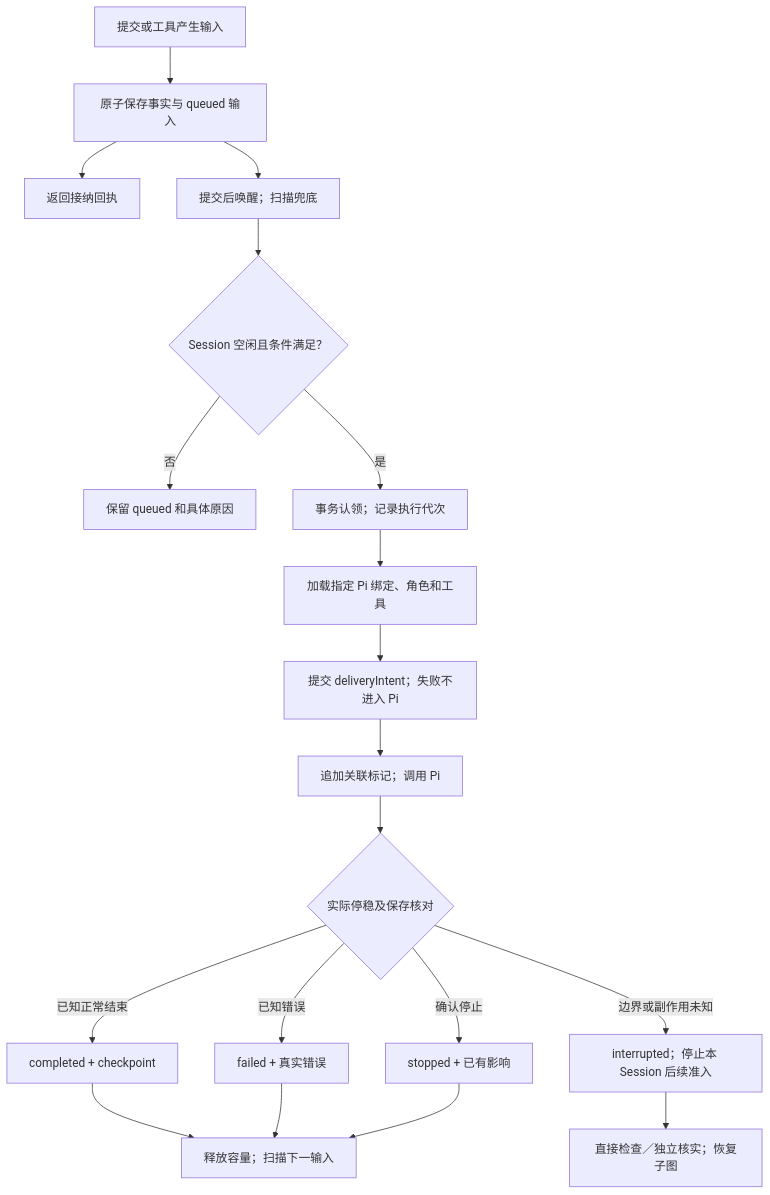
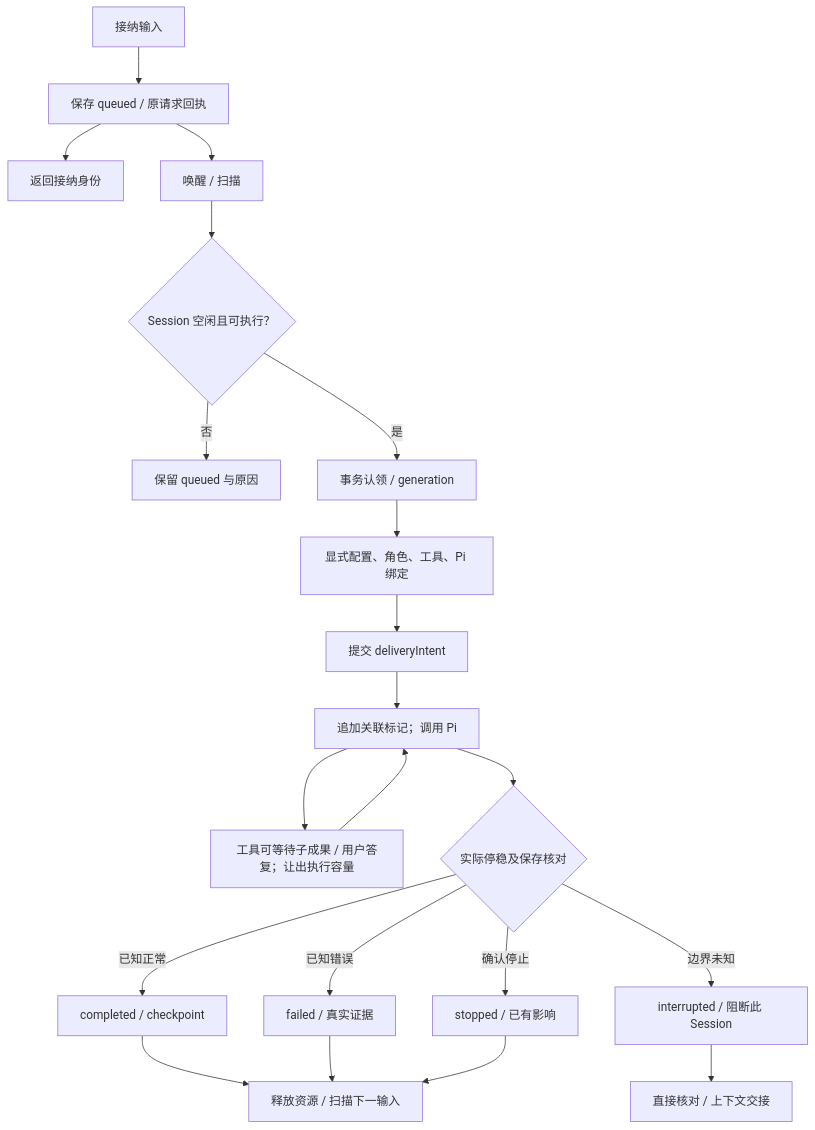
Before and after one commit to mojiaicrypto-ops/Kaiming: the second of 3 diagrams in docs/technicalnew/architecture.md, drawn with Mermaid. The commit also changed other lines of this file and 26 other files, not shown here.

````diff
--- a/docs/technicalnew/architecture.md
+++ b/docs/technicalnew/architecture.md
@@ -44,21 +45,23 @@
 ```mermaid
 flowchart TD
-  START[提交或工具产生输入] --> COMMIT[原子保存事实与 queued 输入]
-  COMMIT --> ACK[返回接纳回执]
-  COMMIT --> WAKE[提交后唤醒；扫描兜底]
-  WAKE --> CHECK{Session 空闲且条件满足？}
-  CHECK -->|否| KEEP[保留 queued 和具体原因]
-  CHECK -->|是| CLAIM[事务认领；记录执行代次]
-  CLAIM --> LOAD[加载指定 Pi 绑定、角色和工具]
-  LOAD --> INTENT[提交 deliveryIntent；失败不进入 Pi]
-  INTENT --> CALL[追加关联标记；调用 Pi]
-  CALL --> END{实际停稳及保存核对}
-  END -->|已知正常结束| DONE[completed + checkpoint]
-  END -->|已知错误| FAIL[failed + 真实错误]
-  END -->|确认停止| STOP[stopped + 已有影响]
-  END -->|边界或副作用未知| UNKNOWN[interrupted；停止本 Session 后续准入]
-  DONE --> NEXT[释放容量；扫描下一输入]
+  INPUT[接纳输入] --> COMMIT[保存 queued / 原请求回执]
+  COMMIT --> ACK[返回接纳身份]
+  COMMIT --> SCAN[唤醒 / 扫描]
+  SCAN --> READY{Session 空闲且可执行？}
+  READY -->|否| KEEP[保留 queued 与原因]
+  READY -->|是| CLAIM[事务认领 / generation]
+  CLAIM --> LOAD[显式配置、角色、工具、Pi 绑定]
+  LOAD --> INTENT[提交 deliveryIntent]
+  INTENT --> PI[追加关联标记；调用 Pi]
+  PI --> WAIT[工具可等待子成果 / 用户答复；让出执行容量]
+  WAIT --> PI
+  PI --> END{实际停稳及保存核对}
+  END -->|已知正常| DONE[completed / checkpoint]
+  END -->|已知错误| FAIL[failed / 真实证据]
+  END -->|确认停止| STOP[stopped / 已有影响]
+  END -->|边界未知| UNKNOWN[interrupted / 阻断此 Session]
+  DONE --> NEXT[释放资源 / 扫描下一输入]
   FAIL --> NEXT
   STOP --> NEXT
-  UNKNOWN --> RECOVER[直接检查／独立核实；恢复子图]
+  UNKNOWN --> RECOVER[直接核对 / 上下文交接]
 ```
````
